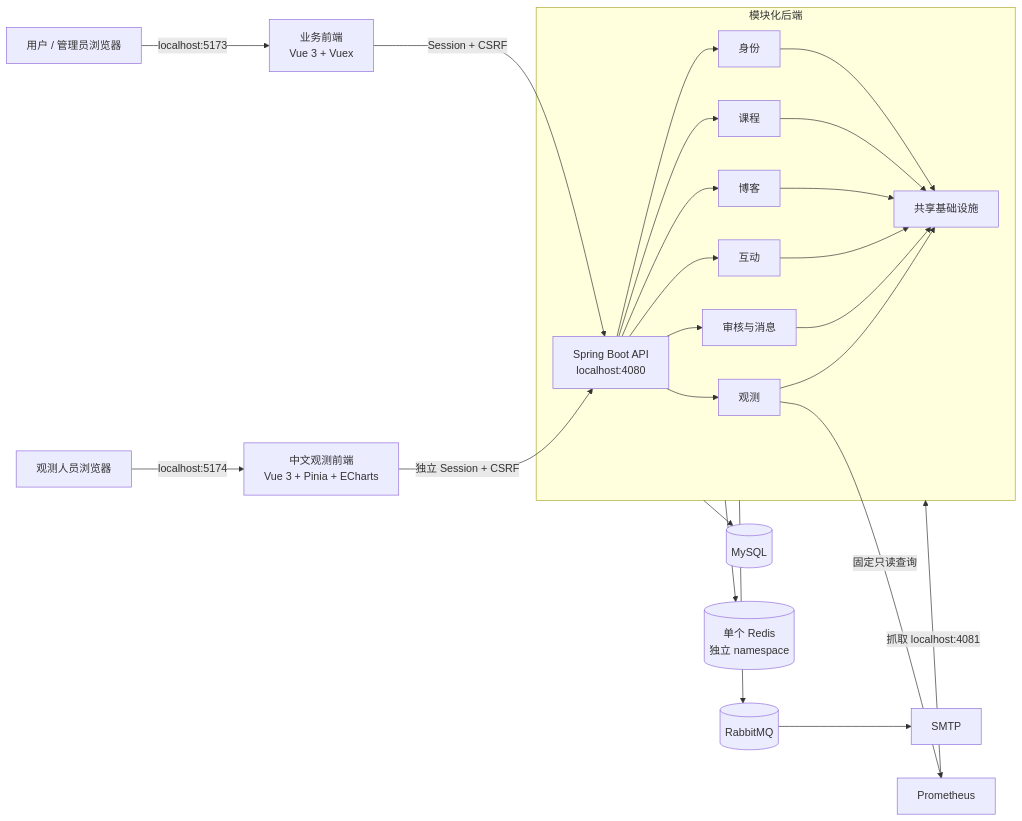
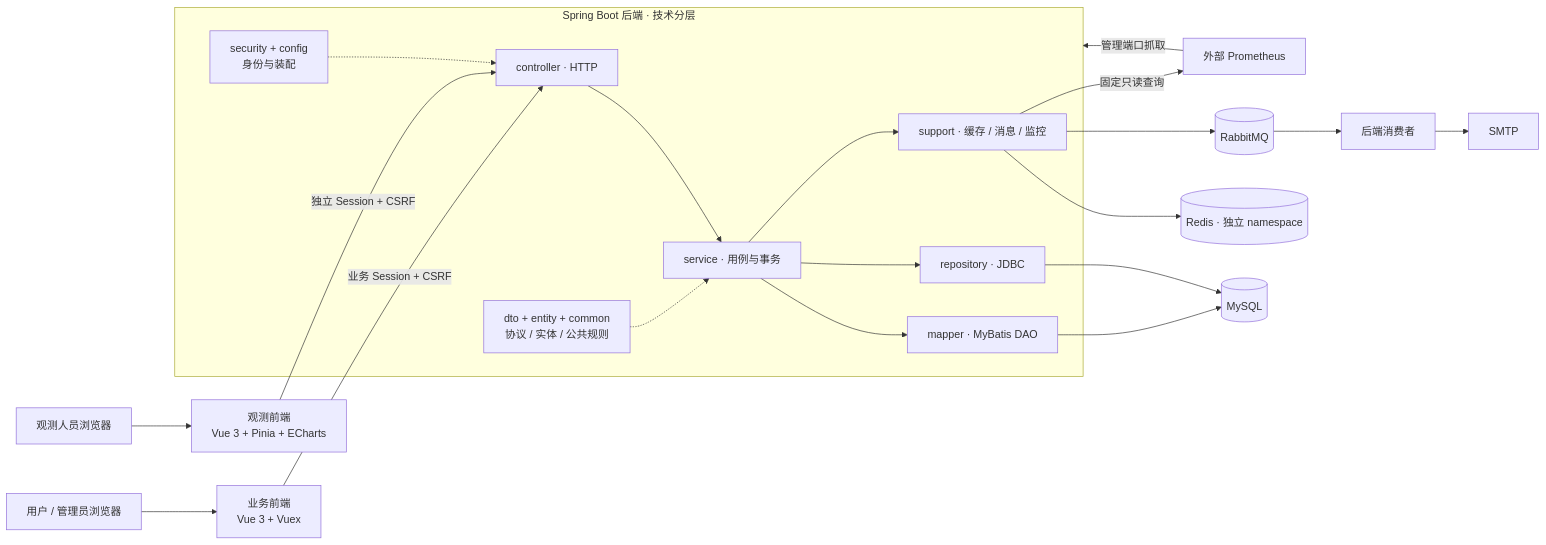
Before and after one commit to Jaily16/CC4C: the diagram in README.md, drawn with Mermaid. The commit also changed other lines of this file and 49 other files, not shown here.

````diff
--- a/README.md
+++ b/README.md
@@ -57,29 +57,23 @@
 ```mermaid
 flowchart LR
-    User[用户 / 管理员浏览器] -->|localhost:5173| Web[业务前端<br/>Vue 3 + Vuex]
-    Observer[观测人员浏览器] -->|localhost:5174| ObserveWeb[中文观测前端<br/>Vue 3 + Pinia + ECharts]
-    Web -->|Session + CSRF| API[Spring Boot API<br/>localhost:4080]
-    ObserveWeb -->|独立 Session + CSRF| API
-
-    subgraph Backend[模块化后端]
-        API --> Identity[身份]
-        API --> Catalog[课程]
-        API --> Community[博客]
-        API --> Interaction[互动]
-        API --> Moderation[审核与消息]
-        API --> Observability[观测]
-        Identity --> Shared[共享基础设施]
-        Catalog --> Shared
-        Community --> Shared
-        Interaction --> Shared
-        Moderation --> Shared
-        Observability --> Shared
+    User[用户 / 管理员浏览器] --> Web[业务前端<br/>Vue 3 + Vuex]
+    Observer[观测人员浏览器] --> ObserveWeb[观测前端<br/>Vue 3 + Pinia + ECharts]
+    Web -->|业务 Session + CSRF| Controller
+    ObserveWeb -->|独立 Session + CSRF| Controller
+    subgraph Backend[Spring Boot 后端 · 技术分层]
+        Controller[controller · HTTP] --> Service[service · 用例与事务]
+        Service --> Mapper[mapper · MyBatis DAO]
+        Service --> Repository[repository · JDBC]
+        Service --> Support[support · 缓存 / 消息 / 监控]
+        Security[security + config<br/>身份与装配] -.-> Controller
+        Model[dto + entity + common<br/>协议 / 实体 / 公共规则] -.-> Service
     end
-
-    Backend --> MySQL[(MySQL)]
-    Backend --> Redis[(单个 Redis<br/>独立 namespace)]
-    Backend --> Rabbit[(RabbitMQ)]
-    Rabbit --> SMTP[SMTP]
-    Prometheus[Prometheus] -->|抓取 localhost:4081| Backend
-    Observability -->|固定只读查询| Prometheus
+    Mapper --> MySQL[(MySQL)]
+    Repository --> MySQL
+    Support --> Redis[(Redis · 独立 namespace)]
+    Support --> Rabbit[(RabbitMQ)]
+    Rabbit --> Consumer[后端消费者]
+    Consumer --> SMTP[SMTP]
+    Prometheus[外部 Prometheus] -->|管理端口抓取| Backend
+    Support -->|固定只读查询| Prometheus
 ```
````
